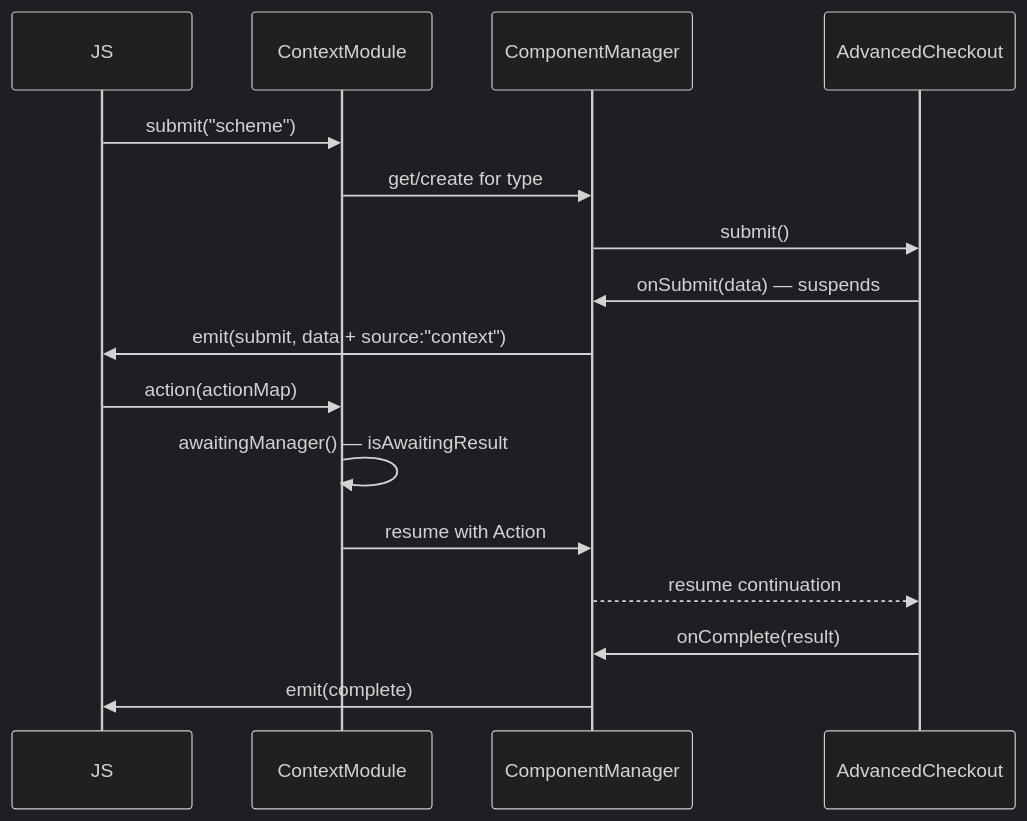
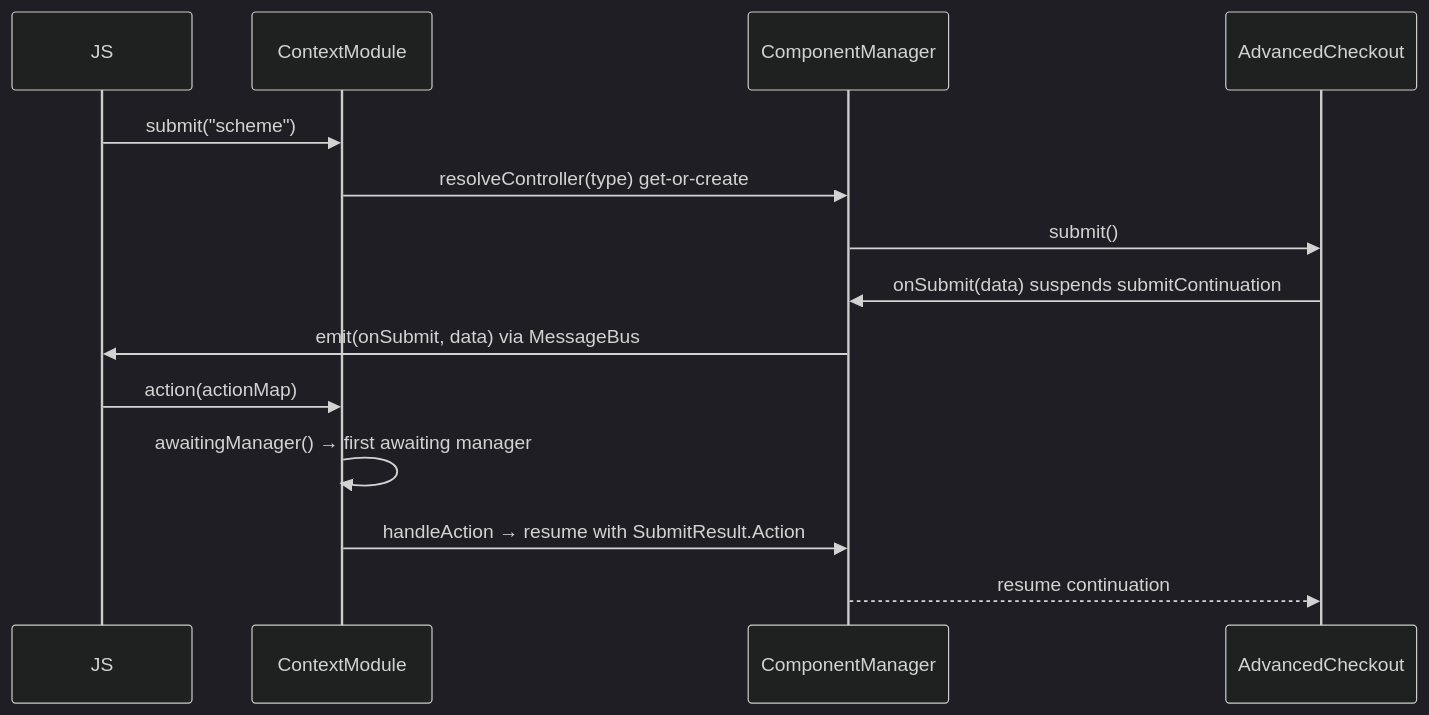
The fifth of 5 diagrams in docs/native-architecture.md (Adyen/adyen-react-native), drawn with Mermaid (dark theme) before and after one commit. The commit also changed other lines of this file and 2 other files, not shown here.

First line of the commit message:
docs: rewrite canonical architecture set for current v6 implementation

````diff
--- a/docs/native-architecture.md
+++ b/docs/native-architecture.md
@@ -292,20 +246,17 @@
 ```mermaid
 sequenceDiagram
   participant JS
   participant CTX as ContextModule
   participant CMG as ComponentManager
   participant SDK as AdvancedCheckout
 
   JS->>CTX: submit("scheme")
-  CTX->>CMG: get/create for type
+  CTX->>CMG: resolveController(type) get-or-create
   CMG->>SDK: submit()
-  SDK->>CMG: onSubmit(data) — suspends
-  CMG->>JS: emit(submit, data + source:"context")
-
+  SDK->>CMG: onSubmit(data) suspends submitContinuation
+  CMG->>JS: emit(onSubmit, data) via MessageBus
   JS->>CTX: action(actionMap)
-  CTX->>CTX: awaitingManager() — isAwaitingResult
-  CTX->>CMG: resume with Action
+  CTX->>CTX: awaitingManager() → first awaiting manager
+  CTX->>CMG: handleAction → resume with SubmitResult.Action
   CMG-->>SDK: resume continuation
-  SDK->>CMG: onComplete(result)
-  CMG->>JS: emit(complete)
 ```
````
